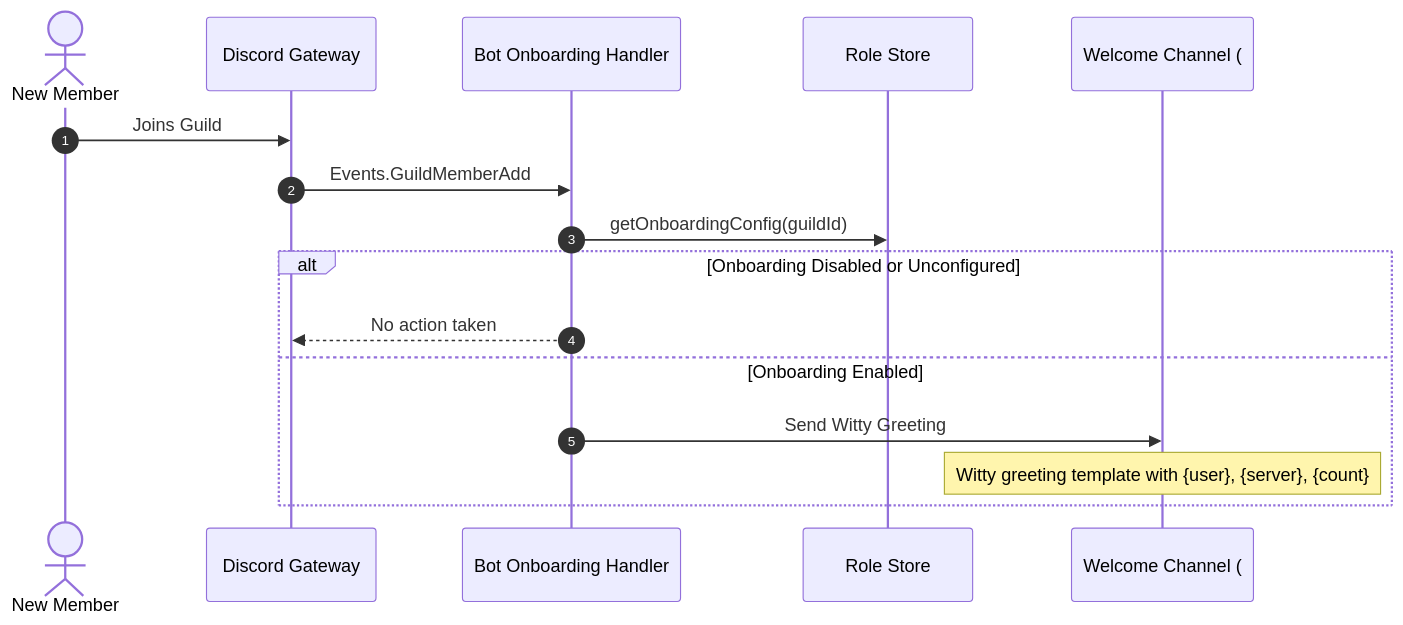
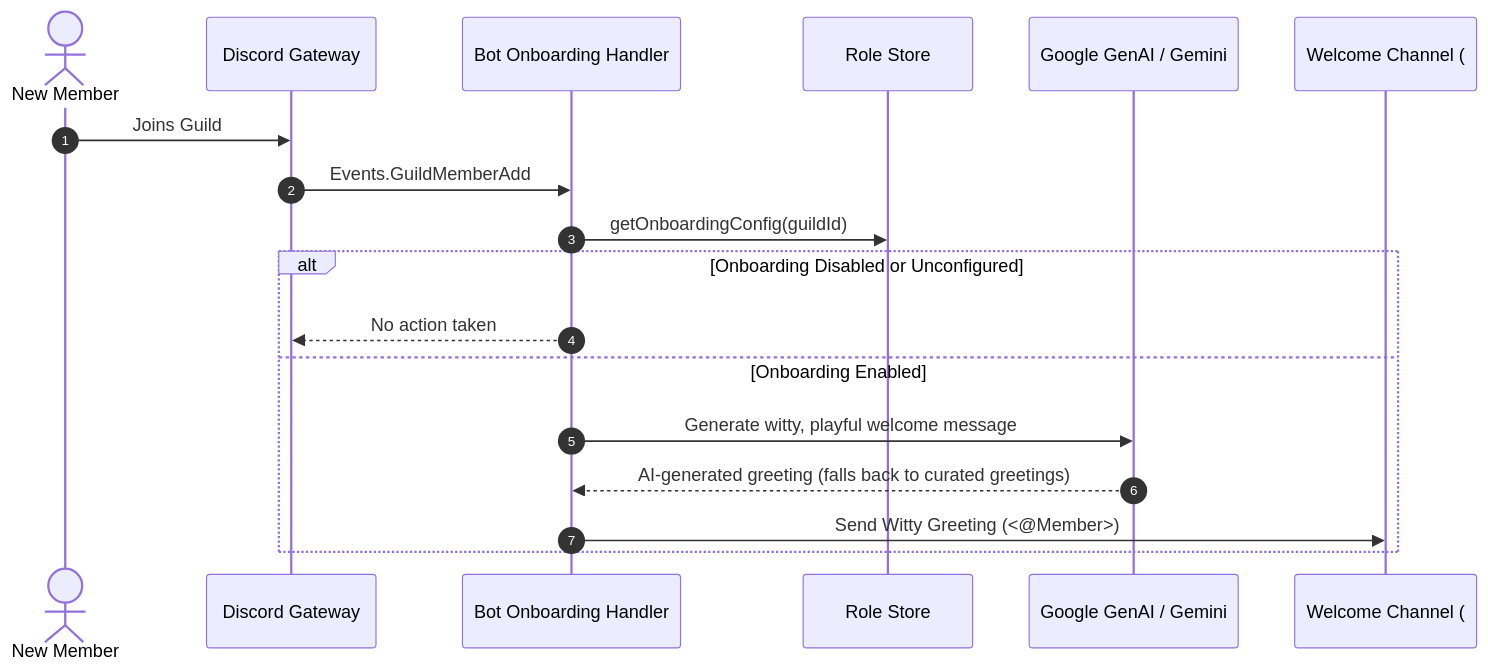
One commit to nthungdev/discord-bot changed the second of 2 diagrams in docs/role-assignment-prd.md. Above: the diagram before and after it, drawn with Mermaid. The commit also changed other lines of this file and 1 other file, not shown here.

Commit message:
docs(roles): update PRD and technical design for AI witty welcome greetings and locale override

````diff
--- a/docs/role-assignment-prd.md
+++ b/docs/role-assignment-prd.md
@@ -132,19 +132,21 @@
 ```mermaid
 sequenceDiagram
     autonumber
     actor Member as New Member
     participant Discord as Discord Gateway
     participant Bot as Bot Onboarding Handler
     participant Store as Role Store
+    participant GenAI as Google GenAI / Gemini
     participant WelcomeCh as Welcome Channel (#welcome)
 
     Member->>Discord: Joins Guild
     Discord->>Bot: Events.GuildMemberAdd
     Bot->>Store: getOnboardingConfig(guildId)
     alt Onboarding Disabled or Unconfigured
         Bot-->>Discord: No action taken
     else Onboarding Enabled
-        Bot->>WelcomeCh: Send Witty Greeting
-        Note over WelcomeCh: Witty greeting template with {user}, {server}, {count}
+        Bot->>GenAI: Generate witty, playful welcome message
+        GenAI-->>Bot: AI-generated greeting (falls back to curated greetings)
+        Bot->>WelcomeCh: Send Witty Greeting (<@Member>)
     end
 ```
````
